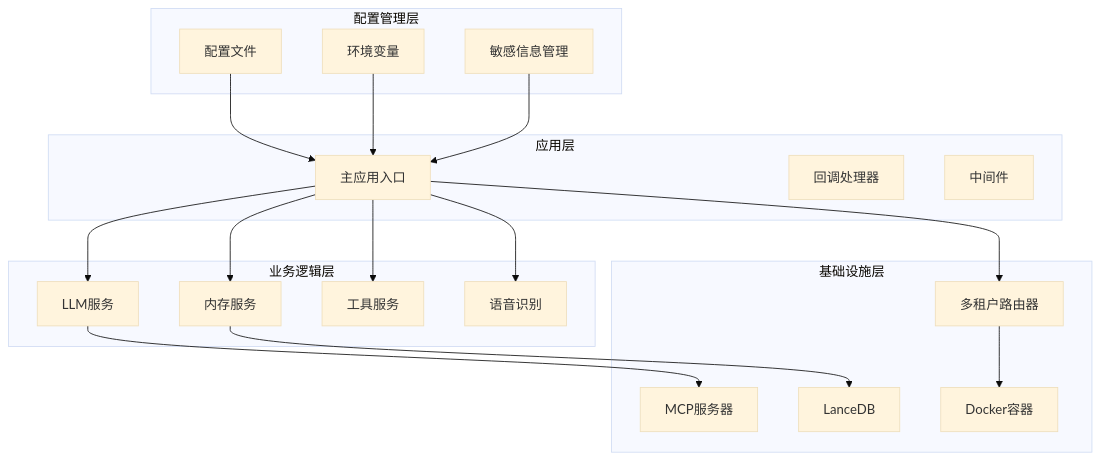
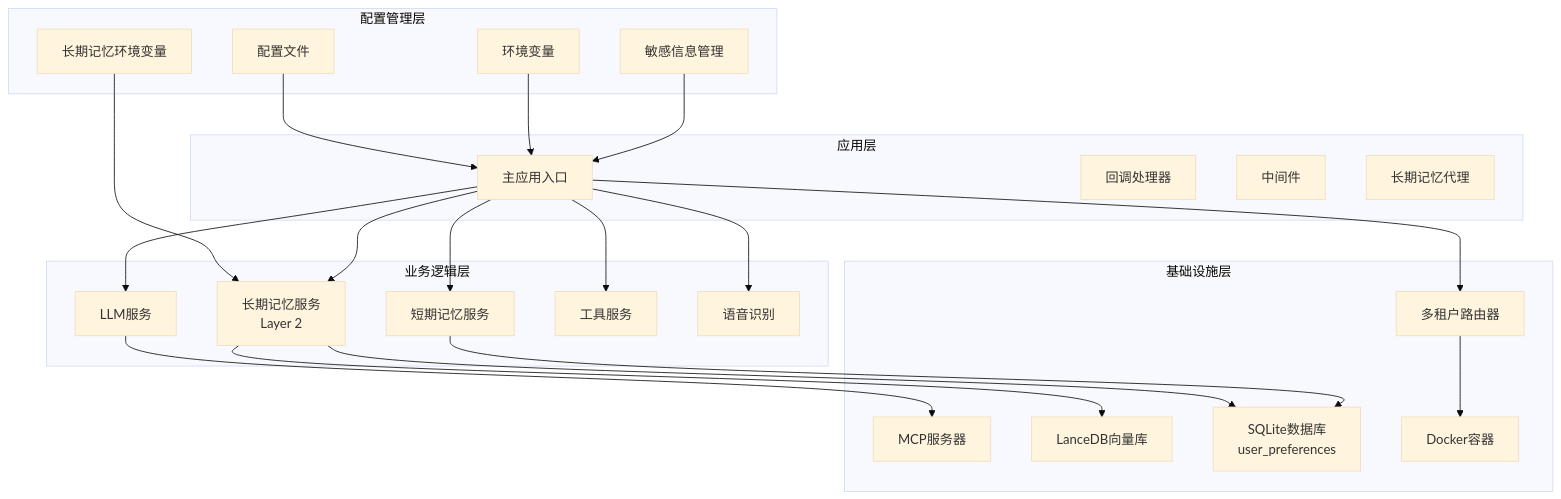
Before and after one commit to HanHuiOnLine/724-office: the second of 20 diagrams in .qoder/repowiki/zh/content/配置管理/配置管理.md, drawn with Mermaid (base theme). The commit also changed other lines of this file and 14 other files, not shown here.

Commit message:
优化意图识别

````diff
--- a/.qoder/repowiki/zh/content/配置管理/配置管理.md
+++ b/.qoder/repowiki/zh/content/配置管理/配置管理.md
@@ -116,36 +143,44 @@
 ```mermaid
 graph TB
 subgraph "配置管理层"
 Config[配置文件]
 Env[环境变量]
 Secrets[敏感信息管理]
+LongTermEnv[长期记忆环境变量]
 end
 subgraph "应用层"
 Main[主应用入口]
 Handlers[回调处理器]
 Middleware[中间件]
+LongTermAgent[长期记忆代理]
 end
 subgraph "业务逻辑层"
 LLM[LLM服务]
-Memory[内存服务]
+Memory[短期记忆服务]
+LongTermMemory[长期记忆服务<br/>Layer 2]
 Tools[工具服务]
 ASR[语音识别]
 end
 subgraph "基础设施层"
 MCP[MCP服务器]
-DB[LanceDB]
+VectorDB[LanceDB向量库]
+DB[SQLite数据库<br/>user_preferences]
 Docker[Docker容器]
 Router[多租户路由器]
 end
 Config --> Main
 Env --> Main
 Secrets --> Main
+LongTermEnv --> LongTermMemory
 Main --> LLM
 Main --> Memory
+Main --> LongTermMemory
 Main --> Tools
 Main --> ASR
+LongTermMemory --> DB
+LongTermMemory --> VectorDB
 LLM --> MCP
 Memory --> DB
 Main --> Router
 Router --> Docker
 ```
````
